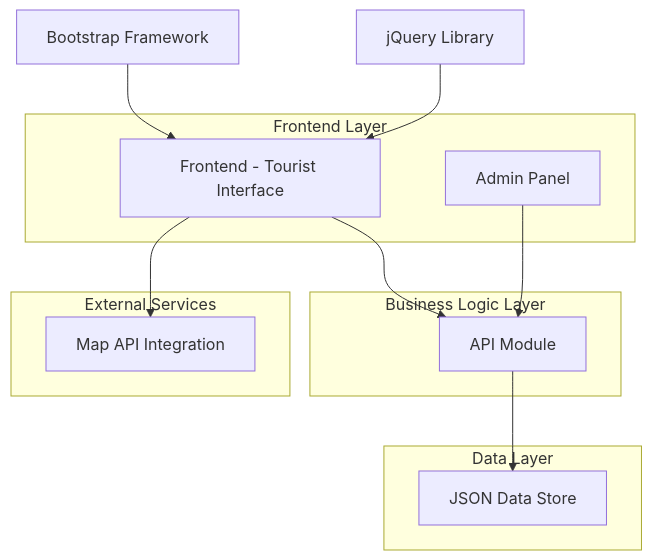
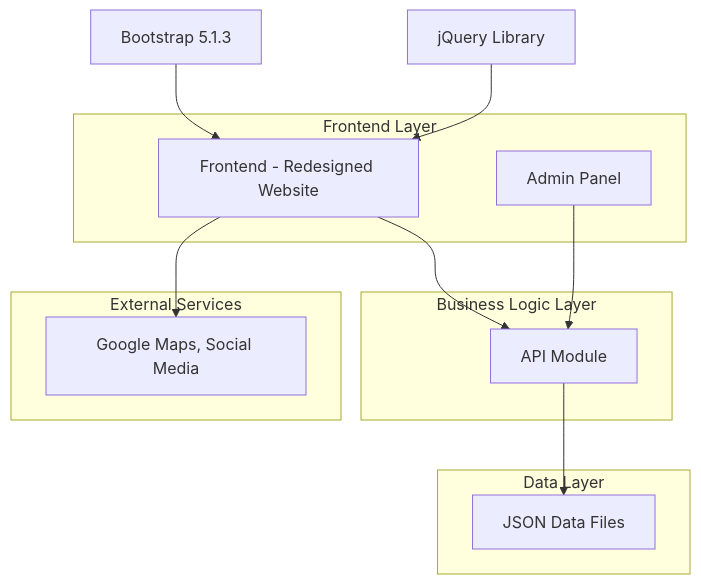
The diagram in .kiro/specs/chiang-mai-tourism-website/design.md (thanapon1406/final-project-frontend), drawn with Mermaid before and after one commit. The commit also changed other lines of this file and 4 other files, not shown here.

````diff
--- a/.kiro/specs/chiang-mai-tourism-website/design.md
+++ b/.kiro/specs/chiang-mai-tourism-website/design.md
@@ -11,26 +11,26 @@
 ```mermaid
 graph TB
-    A[Frontend - Tourist Interface] --> B[API Module]
+    A[Frontend - Redesigned Website] --> B[API Module]
     C[Admin Panel] --> B
-    B --> D[JSON Data Store]
-    A --> E[Map API Integration]
-    F[Bootstrap Framework] --> A
+    B --> D[JSON Data Files]
+    A --> E[Same External Services]
+    F[Bootstrap 5.1.3] --> A
     G[jQuery Library] --> A
     
     subgraph "Frontend Layer"
         A
         C
     end
     
     subgraph "Business Logic Layer"
         B
     end
     
     subgraph "Data Layer"
         D
     end
     
     subgraph "External Services"
-        E
+        E[Google Maps, Social Media]
     end
 ```
````
